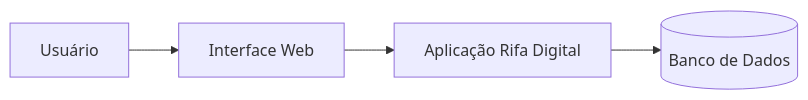
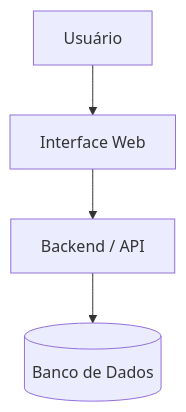
The diagram in docs/architecture/system-overview.md (ivnavalenca/rifa-digital), drawn with Mermaid before and after one commit. The commit also changed other lines of this file, not shown here.

````diff
--- a/docs/architecture/system-overview.md
+++ b/docs/architecture/system-overview.md
@@ -96,13 +76,15 @@
-``` mermaid
-flowchart LR
+```mermaid
+flowchart TD
 
-User[Usuário]
+USER[Usuário]
 
-Frontend[Interface Web]
-Backend[Aplicação Rifa Digital]
-Database[(Banco de Dados)]
+WEB[Interface Web]
 
-User --> Frontend
-Frontend --> Backend
-Backend --> Database
+API[Backend / API]
+
+DB[(Banco de Dados)]
+
+USER --> WEB
+WEB --> API
+API --> DB
 ```
````
